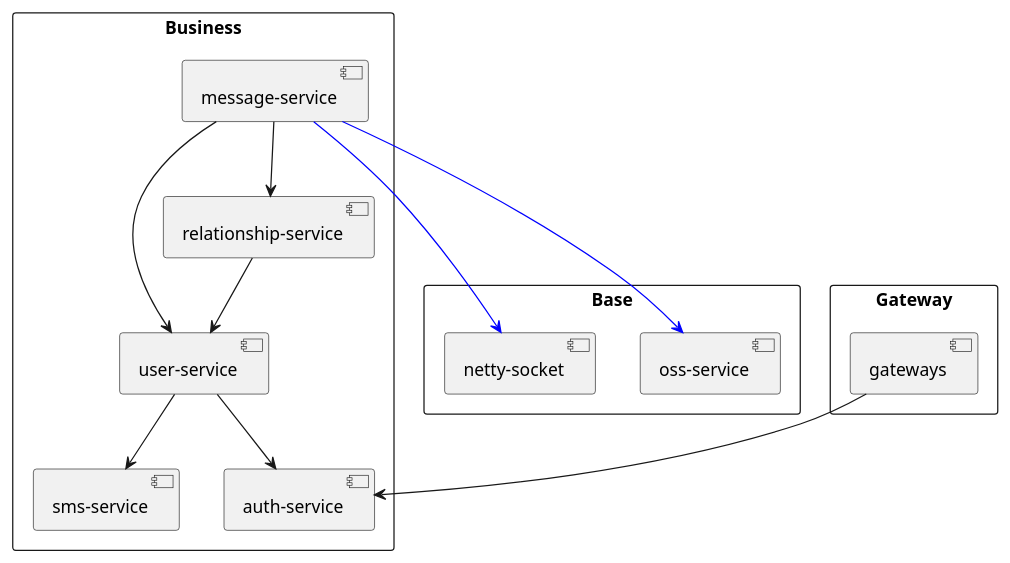
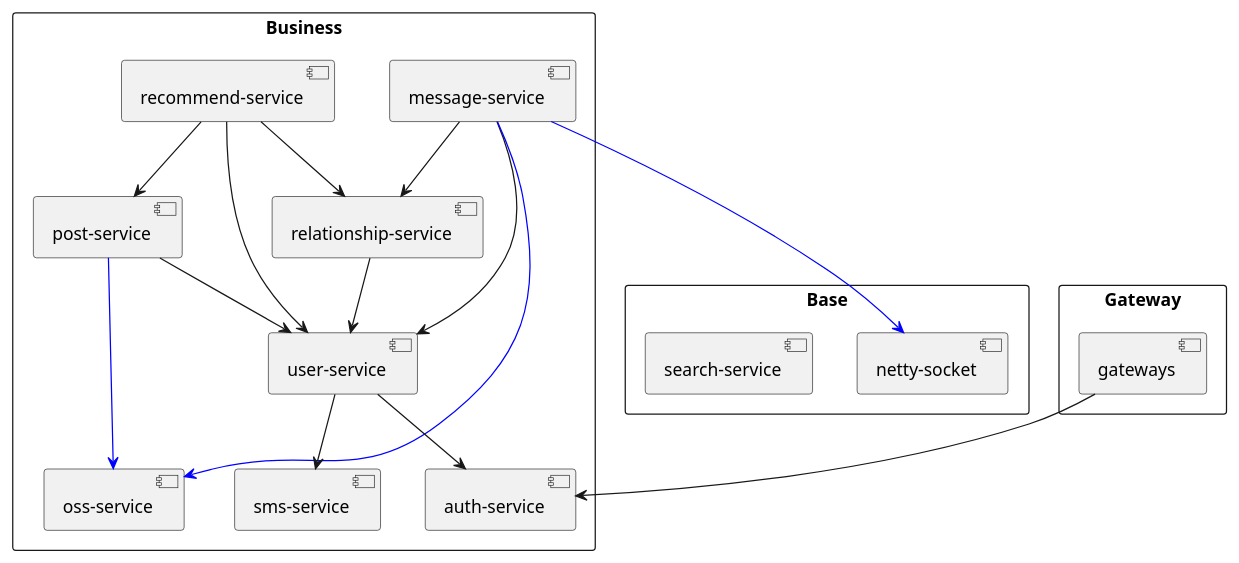
Before and after one commit to nangong918/SmartMedicine-App: the diagram in spring-server/docs/service依赖树.puml, drawn with PlantUML. The commit also changed 21 other files, not shown here.

Commit message:
refactor(项目结构):调整模块位置并更新依赖- 将 oss-service 模块从 base 移到 business - 更新相关 pom.xml 文件中的模块引用和依赖 - 修改 application.yml 文件中的服务订阅配置 - 更新测试点文档和依赖树图

```diff
--- a/spring-server/docs/service依赖树.puml
+++ b/spring-server/docs/service依赖树.puml
@@ -1,34 +1,44 @@
 @startuml
 skinparam packageStyle rectangle
 
 
 package "Base" {
     [netty-socket]
-    [oss-service]
+    [search-service]
 }
 
 package "Business" {
     [user-service]
     [auth-service]
     [sms-service]
     [message-service]
     [relationship-service]
+    [oss-service]
+    [post-service]
+    [recommend-service]
 
     [message-service] --> [user-service]
     [message-service] --> [relationship-service]
     [message-service] -[#0000FF]--> [oss-service]
     [message-service] -[#0000FF]--> [netty-socket]
 
     [relationship-service] --> [user-service]
 
     [user-service] --> [auth-service]
     [user-service] --> [sms-service]
+
+    [post-service] --> [user-service]
+    [post-service] -[#0000FF]--> [oss-service]
+
+    [recommend-service] --> [user-service]
+    [recommend-service] --> [post-service]
+    [recommend-service] --> [relationship-service]
 }
 
 package "Gateway" {
     [gateways]
 
     [gateways] --> [auth-service]
 }
 
 @enduml
```
